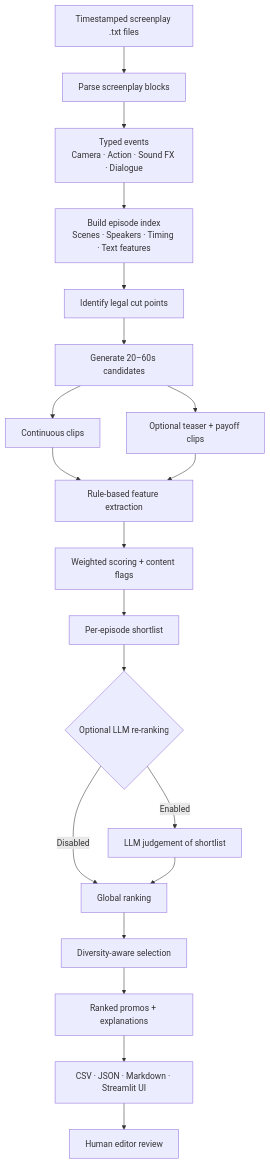
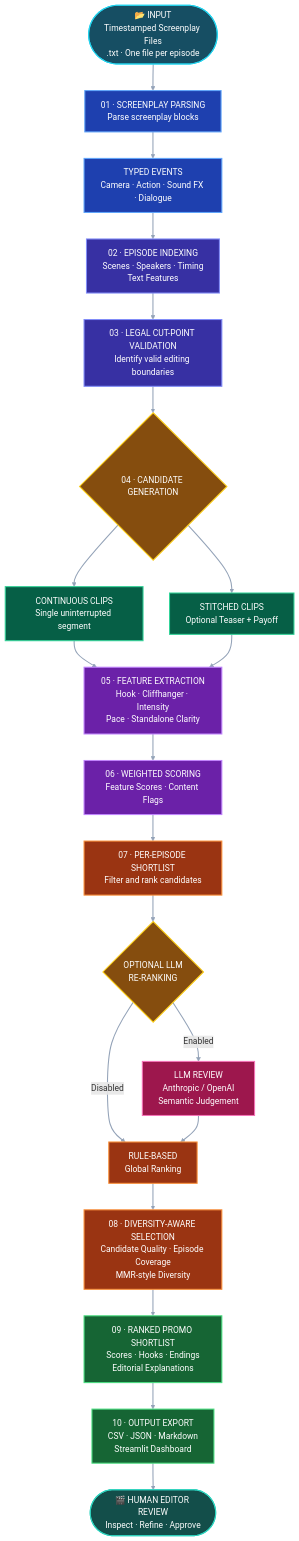
Before and after one commit to nischay1905/Kuku_Promo_Extractor: the diagram in README.md, drawn with Mermaid.

Commit message:
Revise end-to-end system workflow diagram
Updated the end-to-end system workflow diagram to enhance clarity and detail.

````diff
--- a/README.md
+++ b/README.md
@@ -61,22 +60,88 @@
 ```mermaid
 flowchart TD
-    A["Timestamped screenplay .txt files"] --> B["Parse screenplay blocks"]
-    B --> C["Typed events<br/>Camera · Action · Sound FX · Dialogue"]
-    C --> D["Build episode index<br/>Scenes · Speakers · Timing · Text features"]
-    D --> E["Identify legal cut points"]
-    E --> F["Generate 20–60s candidates"]
-    F --> G["Continuous clips"]
-    F --> H["Optional teaser + payoff clips"]
-    G --> I["Rule-based feature extraction"]
+
+    A(["📂 INPUT<br/>Timestamped Screenplay Files<br/>.txt · One file per episode"])
+
+    B["01 · SCREENPLAY PARSING<br/>Parse screenplay blocks"]
+
+    C["TYPED EVENTS<br/>Camera · Action · Sound FX · Dialogue"]
+
+    D["02 · EPISODE INDEXING<br/>Scenes · Speakers · Timing<br/>Text Features"]
+
+    E["03 · LEGAL CUT-POINT VALIDATION<br/>Identify valid editing boundaries"]
+
+    F{"04 · CANDIDATE GENERATION"}
+
+    G["CONTINUOUS CLIPS<br/>Single uninterrupted segment"]
+
+    H["STITCHED CLIPS<br/>Optional Teaser + Payoff"]
+
+    I["05 · FEATURE EXTRACTION<br/>Hook · Cliffhanger · Intensity<br/>Pace · Standalone Clarity"]
+
+    J["06 · WEIGHTED SCORING<br/>Feature Scores · Content Flags"]
+
+    K["07 · PER-EPISODE SHORTLIST<br/>Filter and rank candidates"]
+
+    L{"OPTIONAL LLM<br/>RE-RANKING"}
+
+    M["RULE-BASED<br/>Global Ranking"]
+
+    N["LLM REVIEW<br/>Anthropic / OpenAI<br/>Semantic Judgement"]
+
+    O["08 · DIVERSITY-AWARE SELECTION<br/>Candidate Quality · Episode Coverage<br/>MMR-style Diversity"]
+
+    P["09 · RANKED PROMO SHORTLIST<br/>Scores · Hooks · Endings<br/>Editorial Explanations"]
+
+    Q["10 · OUTPUT EXPORT<br/>CSV · JSON · Markdown<br/>Streamlit Dashboard"]
+
+    R(["🎬 HUMAN EDITOR REVIEW<br/>Inspect · Refine · Approve"])
+
+    A --> B
+    B --> C
+    C --> D
+    D --> E
+    E --> F
+
+    F --> G
+    F --> H
+
+    G --> I
     H --> I
-    I --> J["Weighted scoring + content flags"]
-    J --> K["Per-episode shortlist"]
-    K --> L{"Optional LLM re-ranking"}
-    L -->|Disabled| M["Global ranking"]
-    L -->|Enabled| N["LLM judgement of shortlist"]
+
+    I --> J
+    J --> K
+    K --> L
+
+    L -->|Disabled| M
+    L -->|Enabled| N
+
     N --> M
-    M --> O["Diversity-aware selection"]
-    O --> P["Ranked promos + explanations"]
-    P --> Q["CSV · JSON · Markdown · Streamlit UI"]
-    Q --> R["Human editor review"]
+    M --> O
+    O --> P
+    P --> Q
+    Q --> R
+
+    classDef input fill:#164E63,stroke:#22D3EE,color:#FFFFFF,stroke-width:2px
+    classDef parsing fill:#1E40AF,stroke:#60A5FA,color:#FFFFFF,stroke-width:2px
+    classDef processing fill:#3730A3,stroke:#818CF8,color:#FFFFFF,stroke-width:2px
+    classDef decision fill:#854D0E,stroke:#FACC15,color:#FFFFFF,stroke-width:2px
+    classDef candidate fill:#065F46,stroke:#34D399,color:#FFFFFF,stroke-width:2px
+    classDef scoring fill:#6B21A8,stroke:#C084FC,color:#FFFFFF,stroke-width:2px
+    classDef llm fill:#9D174D,stroke:#F472B6,color:#FFFFFF,stroke-width:2px
+    classDef ranking fill:#9A3412,stroke:#FB923C,color:#FFFFFF,stroke-width:2px
+    classDef output fill:#166534,stroke:#4ADE80,color:#FFFFFF,stroke-width:2px
+    classDef human fill:#134E4A,stroke:#2DD4BF,color:#FFFFFF,stroke-width:2px
+
+    class A input
+    class B,C parsing
+    class D,E processing
+    class F,L decision
+    class G,H candidate
+    class I,J scoring
+    class N llm
+    class K,M,O ranking
+    class P,Q output
+    class R human
+
+    linkStyle default stroke:#94A3B8,stroke-width:2px
 ```
````
